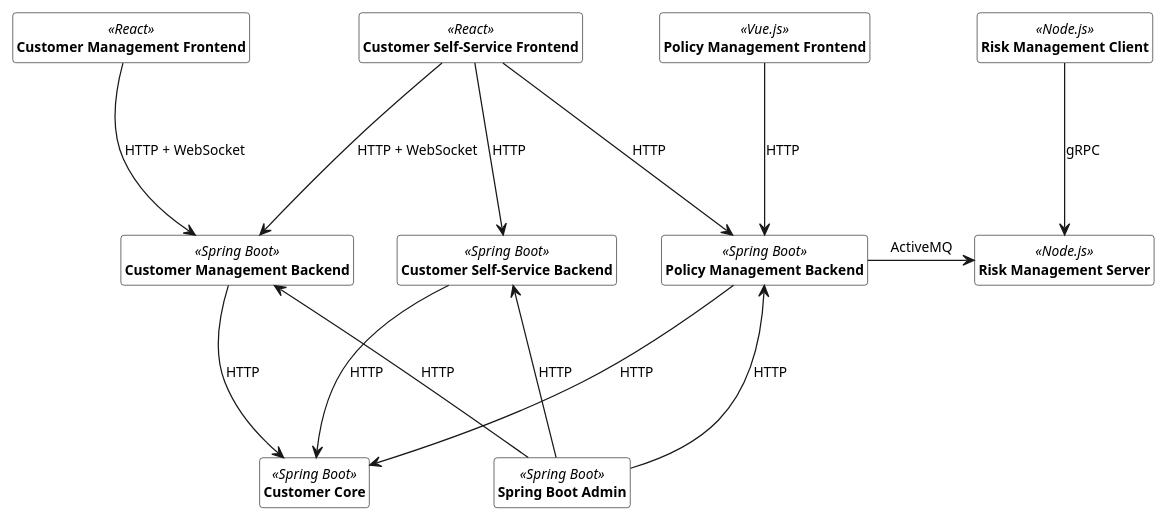
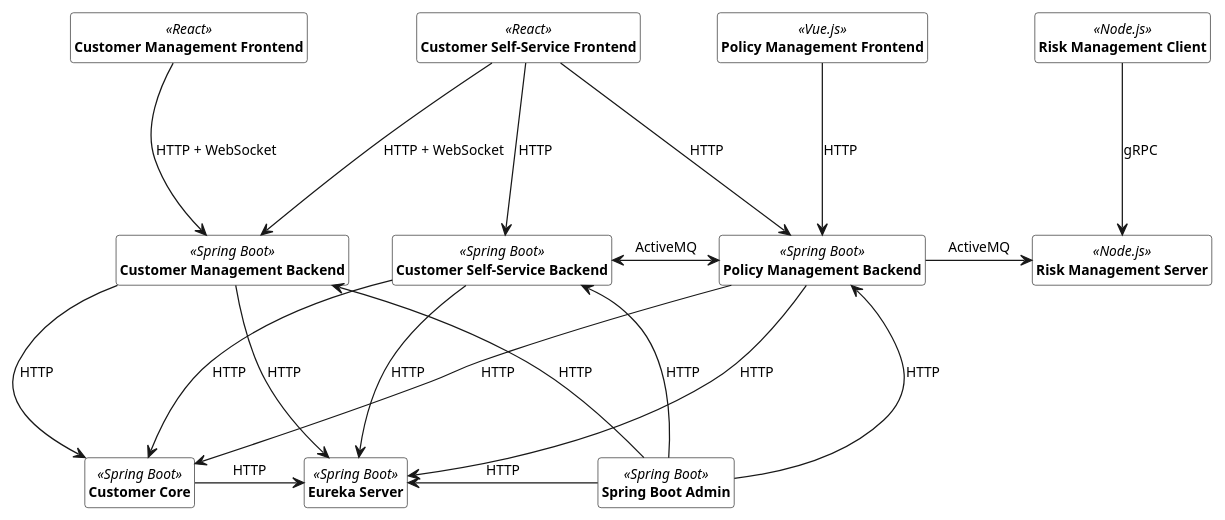
Before and after one commit to Microservice-API-Patterns/LakesideMutual: the diagram in resources/overview-diagram.puml, drawn with PlantUML. The commit also changed 358 other files, not shown here.

```diff
--- a/resources/overview-diagram.puml
+++ b/resources/overview-diagram.puml
@@ -1,36 +1,43 @@
 @startuml
 skinparam monochrome true
 skinparam ClassBackgroundColor White
 hide empty members
 hide circle
 skinparam defaultFontName Arial
 skinparam defaultFontSize 11
 skinparam classfontstyle bold
 
 class "Customer Core" as CC <<Spring Boot>>
 class "Customer Management Backend" as CMB <<Spring Boot>>
 class "Customer Management Frontend" as CMF <<React>>
 class "Customer Self-Service Backend" as CCB <<Spring Boot>>
 class "Customer Self-Service Frontend" as CCF <<React>>
 class "Policy Management Backend" as PMB <<Spring Boot>>
 class "Policy Management Frontend" as PMF <<Vue.js>>
 class "Risk Management Server" as RMS <<Node.js>>
 class "Risk Management Client" as RMC <<Node.js>>
 class "Spring Boot Admin" as SBA <<Spring Boot>>
+class "Eureka Server" as ES <<Spring Boot>>
 
 PMB -down--> CC : HTTP
 CCB -down--> CC : HTTP
 CMB -down--> CC : HTTP
+PMB -down--> ES : HTTP
+CCB -down--> ES : HTTP
+CMB -down--> ES : HTTP
+CC -right--> ES : HTTP
+SBA -left--> ES : HTTP
 CMF -down--> CMB : HTTP + WebSocket
 CMF -[hidden]> CCF
 CMB -[hidden]> CCB
 CCF -down--> CMB : HTTP + WebSocket
 CCF -down--> CCB : HTTP
 CCF -down--> PMB : HTTP
 PMF -down--> PMB : HTTP
 RMC -down--> RMS : gRPC  
 PMB -right--> RMS : ActiveMQ
+CCB <--right--> PMB : ActiveMQ
 SBA -up--> CMB : HTTP
 SBA -up--> CCB : HTTP
 SBA -up--> PMB : HTTP
 @enduml
```
